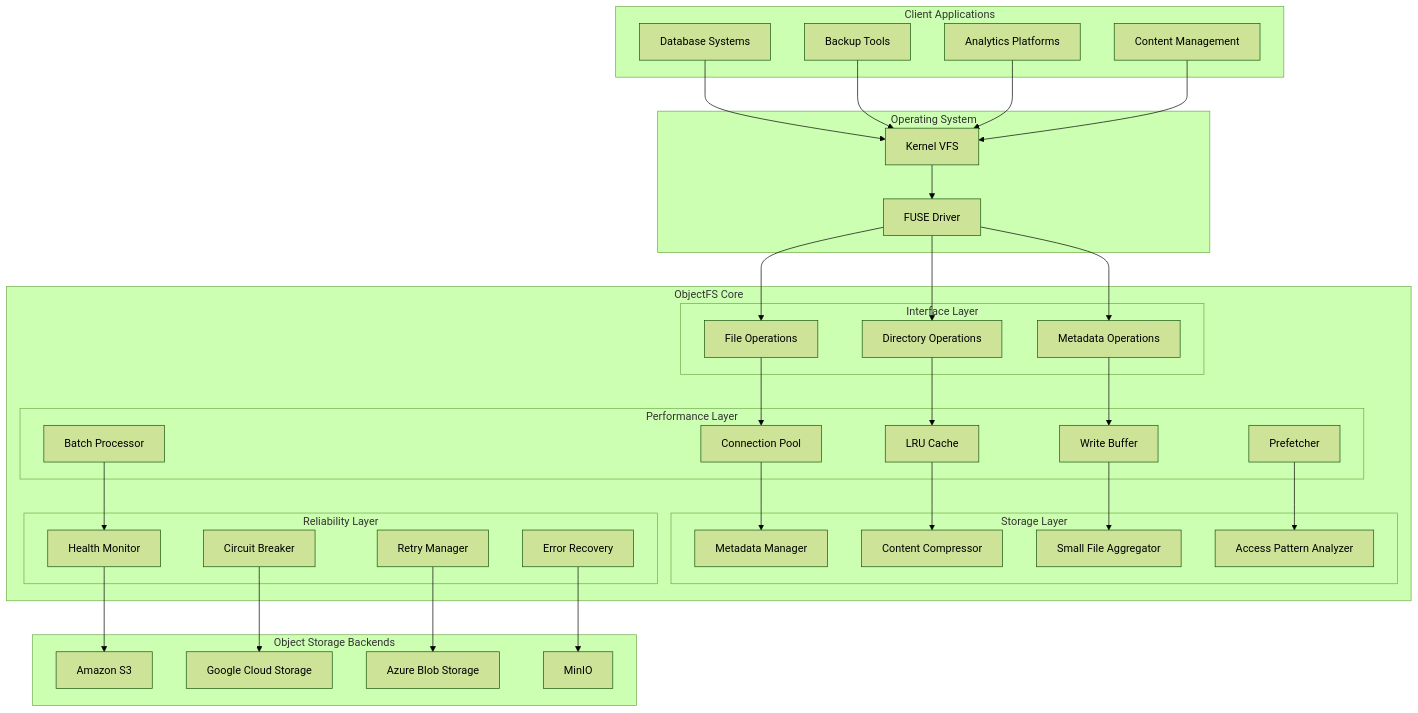
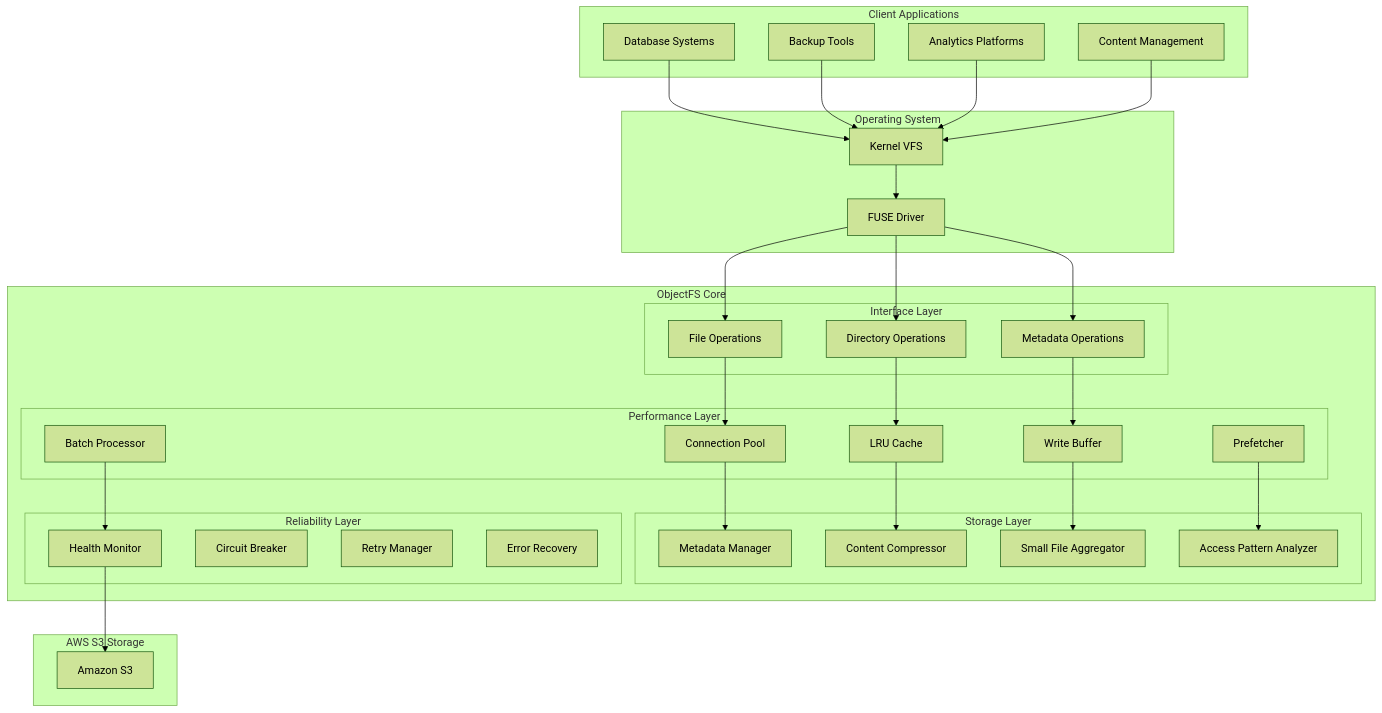
One commit to scttfrdmn/objectfs changed the first of 4 diagrams in OBJECTFS.md. Above: the diagram before and after it, drawn with Mermaid (forest theme). The commit also changed other lines of this file and 12 other files, not shown here.

First line of the commit message:
refactor: Remove all non-AWS cloud provider references for S3-only focus

````diff
--- a/OBJECTFS.md
+++ b/OBJECTFS.md
@@ -167,75 +167,69 @@
 ```mermaid
 graph TB
     subgraph "Client Applications"
         A1[Database Systems]
         A2[Backup Tools]
         A3[Analytics Platforms]
         A4[Content Management]
     end
-    
+
     subgraph "Operating System"
         K[Kernel VFS]
         F[FUSE Driver]
     end
-    
+
     subgraph "ObjectFS Core"
         subgraph "Interface Layer"
             I1[File Operations]
             I2[Directory Operations]
             I3[Metadata Operations]
         end
-        
+
         subgraph "Performance Layer"
             P1[Connection Pool]
             P2[LRU Cache]
             P3[Write Buffer]
             P4[Prefetcher]
             P5[Batch Processor]
         end
-        
+
         subgraph "Storage Layer"
             S1[Metadata Manager]
             S2[Content Compressor]
             S3[Small File Aggregator]
             S4[Access Pattern Analyzer]
         end
-        
+
         subgraph "Reliability Layer"
             R1[Health Monitor]
             R2[Circuit Breaker]
             R3[Retry Manager]
             R4[Error Recovery]
         end
     end
-    
-    subgraph "Object Storage Backends"
+
+    subgraph "AWS S3 Storage"
         AWS[Amazon S3]
-        GCS[Google Cloud Storage]
-        AZURE[Azure Blob Storage]
-        MINIO[MinIO]
     end
-    
+
     A1 --> K
     A2 --> K
     A3 --> K
     A4 --> K
     K --> F
     F --> I1
     F --> I2
     F --> I3
-    
+
     I1 --> P1
     I2 --> P2
     I3 --> P3
-    
+
     P1 --> S1
     P2 --> S2
     P3 --> S3
     P4 --> S4
     P5 --> R1
-    
+
     R1 --> AWS
-    R2 --> GCS
-    R3 --> AZURE
-    R4 --> MINIO
 ```
````
